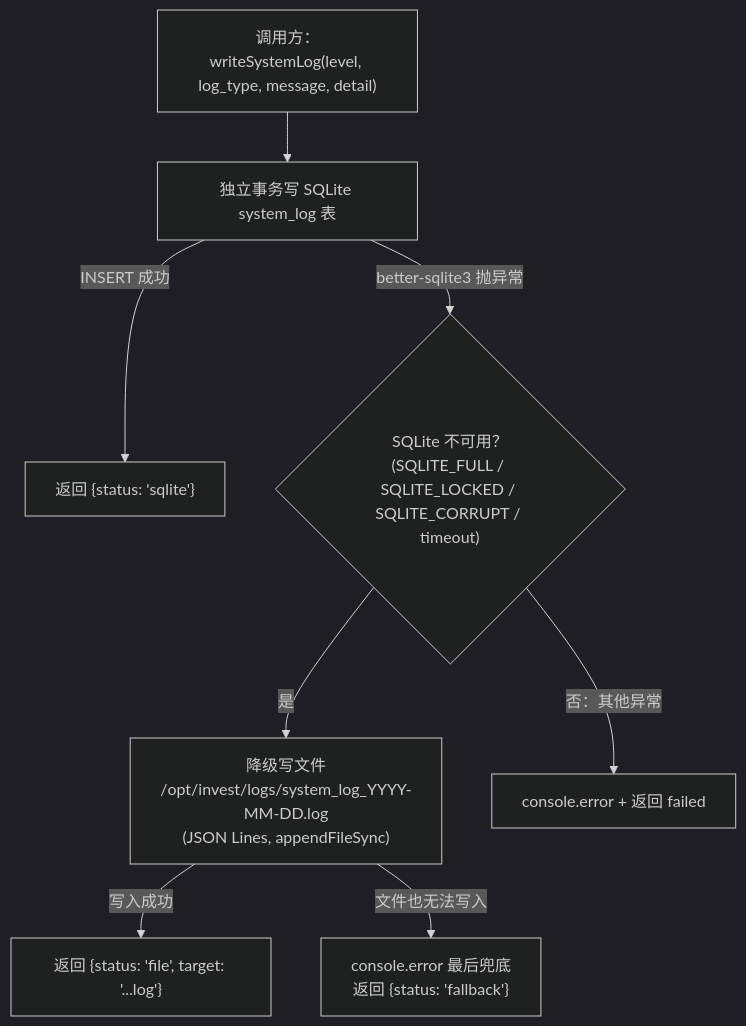
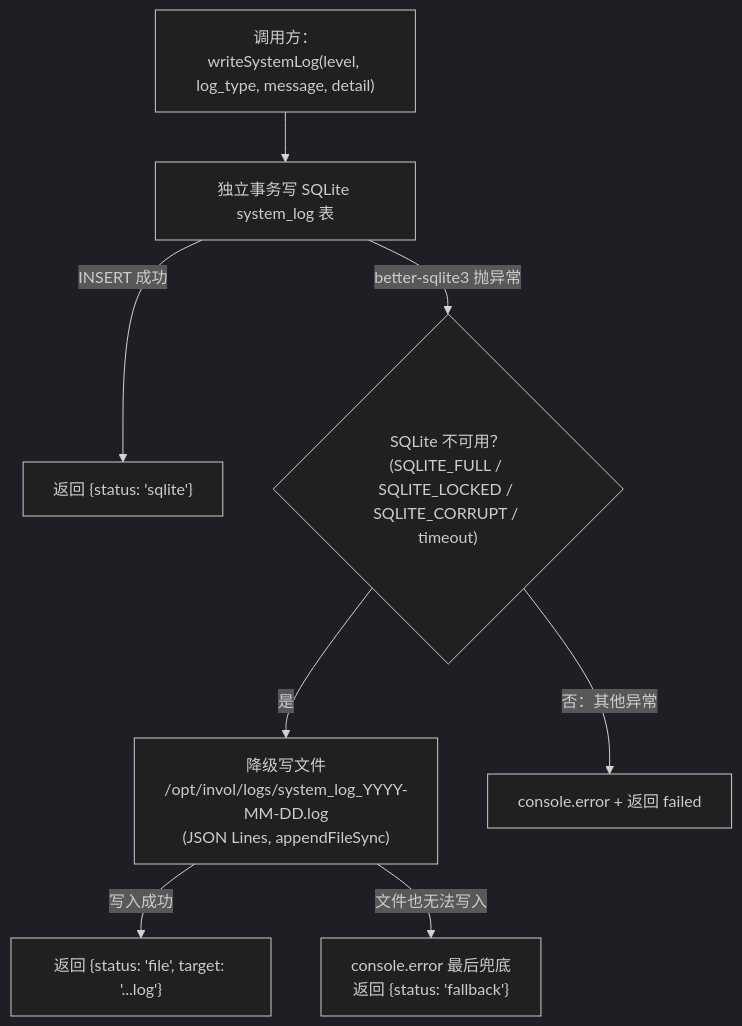
Before and after one commit to skytreat/InvestAssistantMVP: the tenth of 15 diagrams in docs/client/SDD.md, drawn with Mermaid (dark theme). The commit also changed other lines of this file, not shown here.

````diff
--- a/docs/client/SDD.md
+++ b/docs/client/SDD.md
@@ -2086,10 +2162,10 @@
 ```mermaid
 flowchart TD
     A["调用方：writeSystemLog(level, log_type, message, detail)"] --> B["独立事务写 SQLite system_log 表"]
     B -->|INSERT 成功| C["返回 {status: 'sqlite'}"]
     B -->|better-sqlite3 抛异常| D{"SQLite 不可用？<br/>(SQLITE_FULL / SQLITE_LOCKED / SQLITE_CORRUPT / timeout)"}
-    D -->|是| E["降级写文件<br/>/opt/invest/logs/system_log_YYYY-MM-DD.log<br/>(JSON Lines, appendFileSync)"]
+    D -->|是| E["降级写文件<br/>/opt/invol/logs/system_log_YYYY-MM-DD.log<br/>(JSON Lines, appendFileSync)"]
     D -->|否：其他异常| F["console.error + 返回 failed"]
     E -->|写入成功| G["返回 {status: 'file', target: '...log'}"]
     E -->|文件也无法写入| H["console.error 最后兜底<br/>返回 {status: 'fallback'}"]
 ```
````
